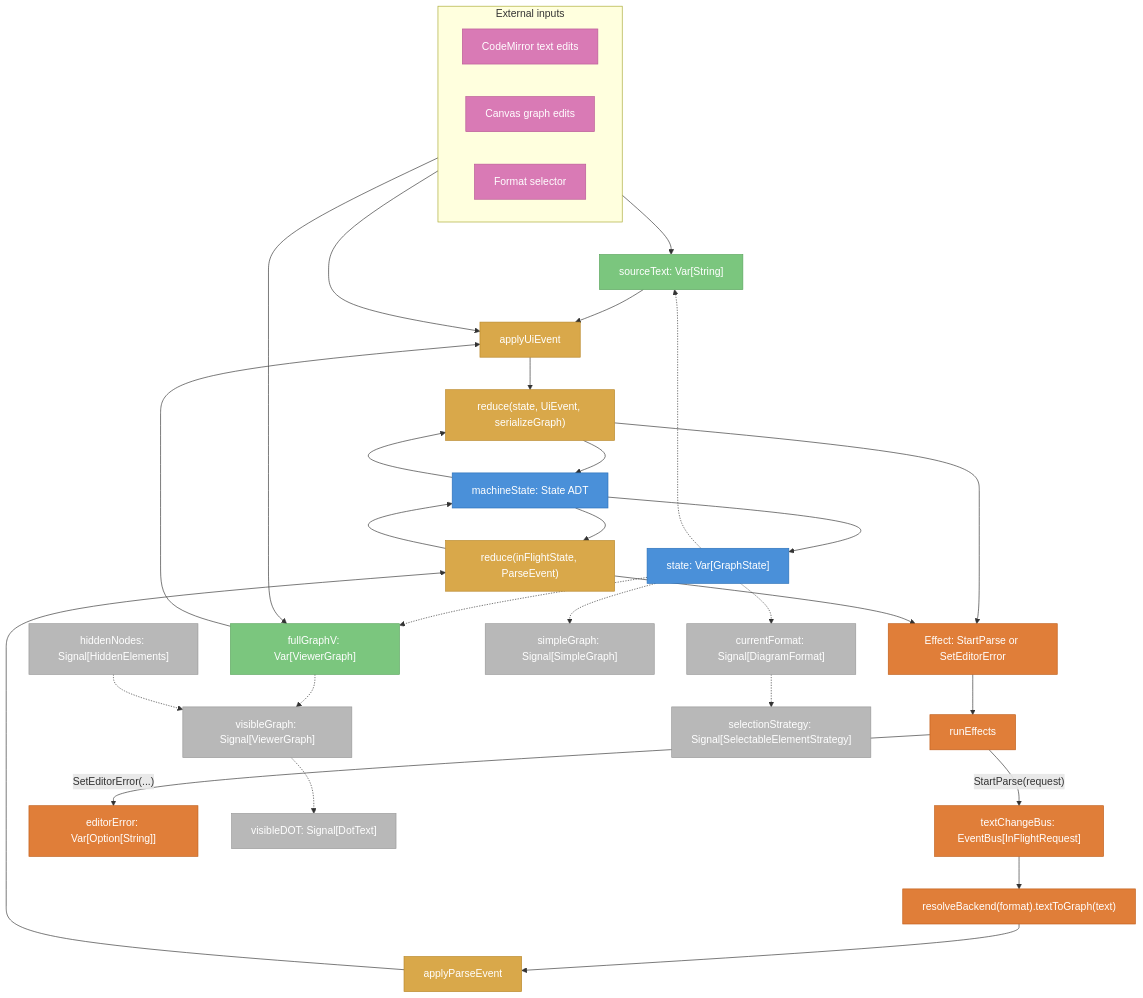
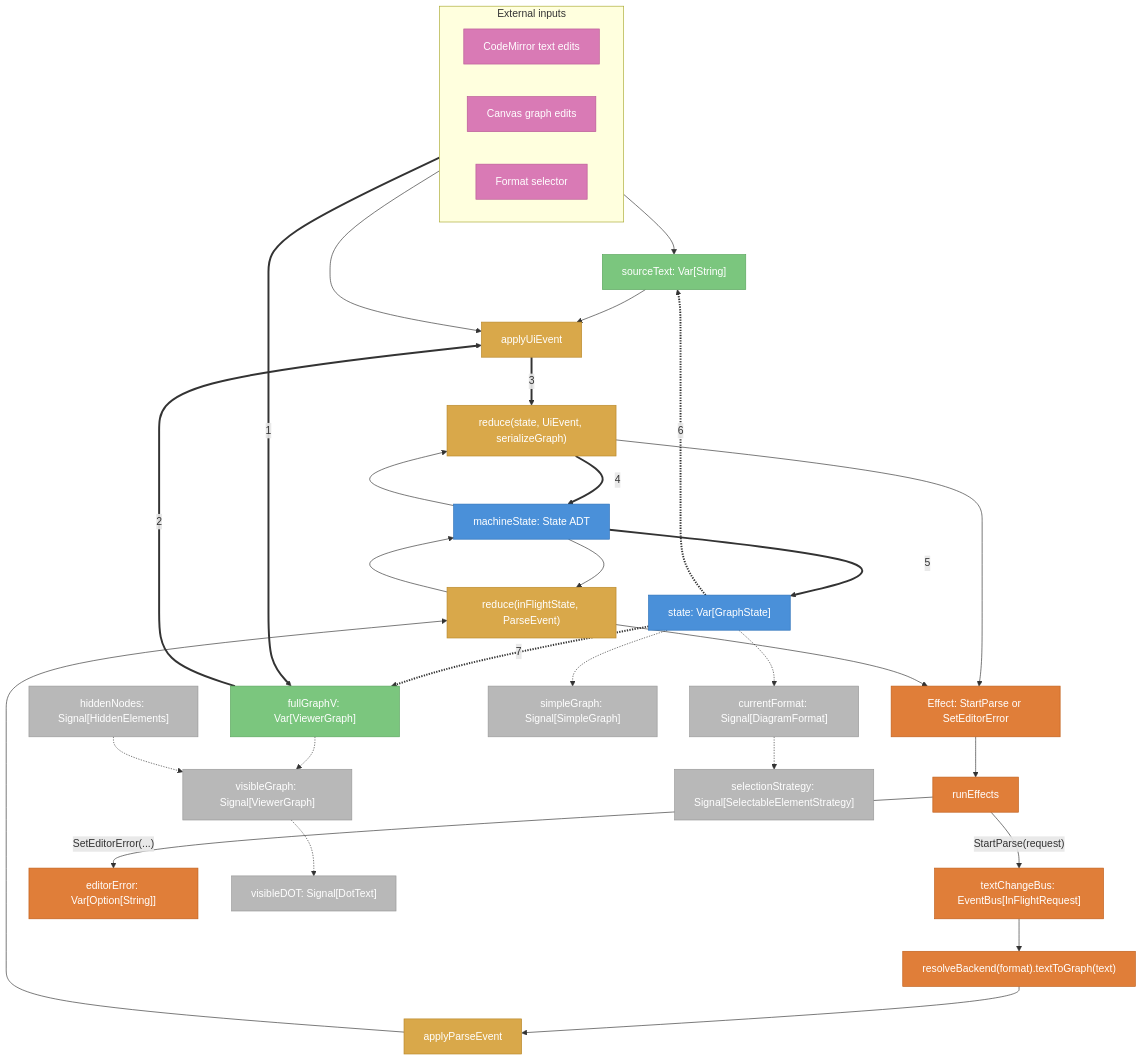
Before and after one commit to jpablo/graph-explorer: the first of 2 diagrams in docs/internal-phases-dataflow.md, drawn with Mermaid. The commit also changed other lines of this file, not shown here.

Commit message:
docs: emphasize Canvas graph edit trace in dataflow diagram
- Add link styles and numbered steps to highlight key graph edit interactions.
- Expand write/read paths and flow descriptions with detailed examples.
- Clarify `Canvas graph edits -> fullGraphV` data flow and state updates.

```diff
--- a/docs/internal-phases-dataflow.md
+++ b/docs/internal-phases-dataflow.md
@@ -41,15 +41,15 @@
 
     %% UI entry points
     CM --> ST
-    GUI --> FGV
+    GUI -->|"1"| FGV
     FMT --> AUI
 
     %% sourceText / fullGraphV setter paths
     ST --> AUI
-    FGV --> AUI
-    AUI --> RUI
+    FGV -->|"2"| AUI
+    AUI -->|"3"| RUI
     MS --> RUI
-    RUI --> MS
+    RUI -->|"4"| MS
     RUI --> FX
 
     %% effect execution
@@ -66,9 +66,9 @@
     RPARSE --> FX
 
     %% machine snapshot to exposed var
-    MS --> STATE
-    STATE -.-> ST
-    STATE -.-> FGV
+    MS -->|"5"| STATE
+    STATE -.->|"6"| ST
+    STATE -.->|"7"| FGV
 
     %% derived signals
     STATE -.-> SG
@@ -77,6 +77,9 @@
     VG -.-> VDOT
     STATE -.-> CF
     CF -.-> SS
+
+    %% Emphasize Canvas graph edits trace (steps 1..7)
+    linkStyle 1,4,5,7,18,19,20 stroke-width:3px
 
     classDef core fill:#4a90d9,color:#fff,stroke:#2a70b9
     classDef public fill:#7bc67e,color:#fff,stroke:#5aa65d
```
